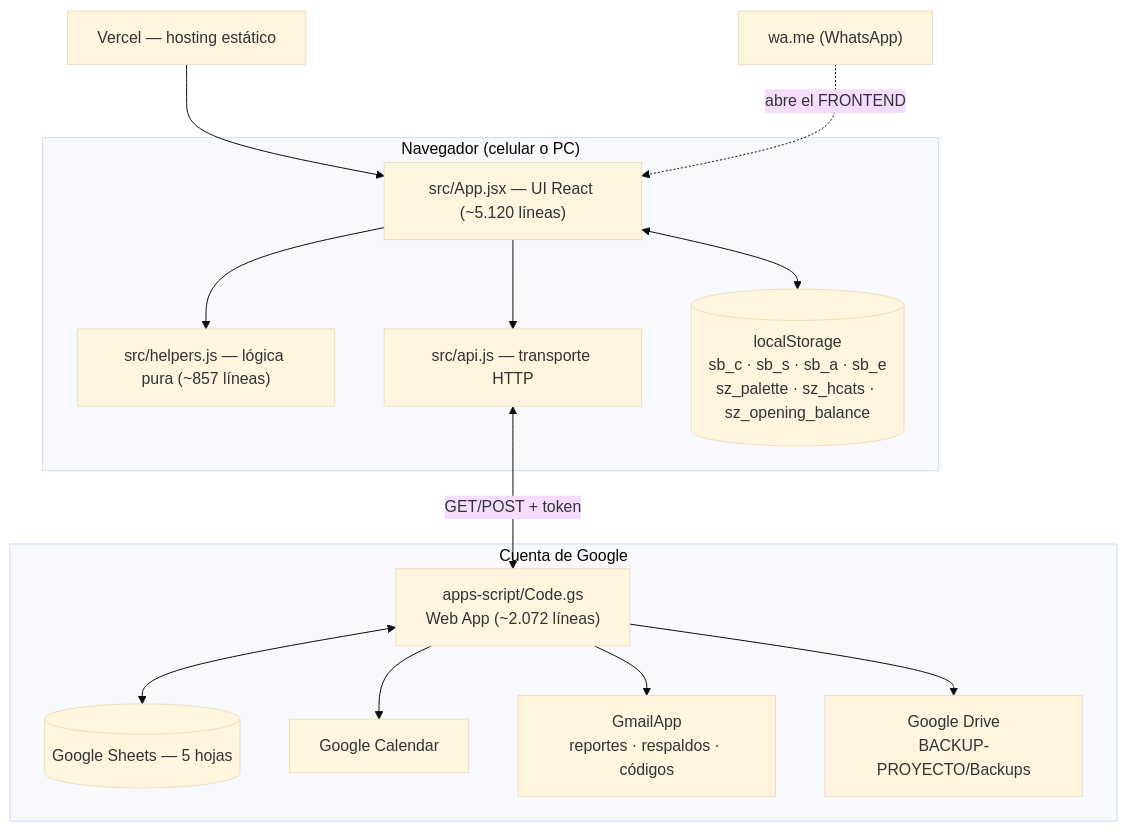
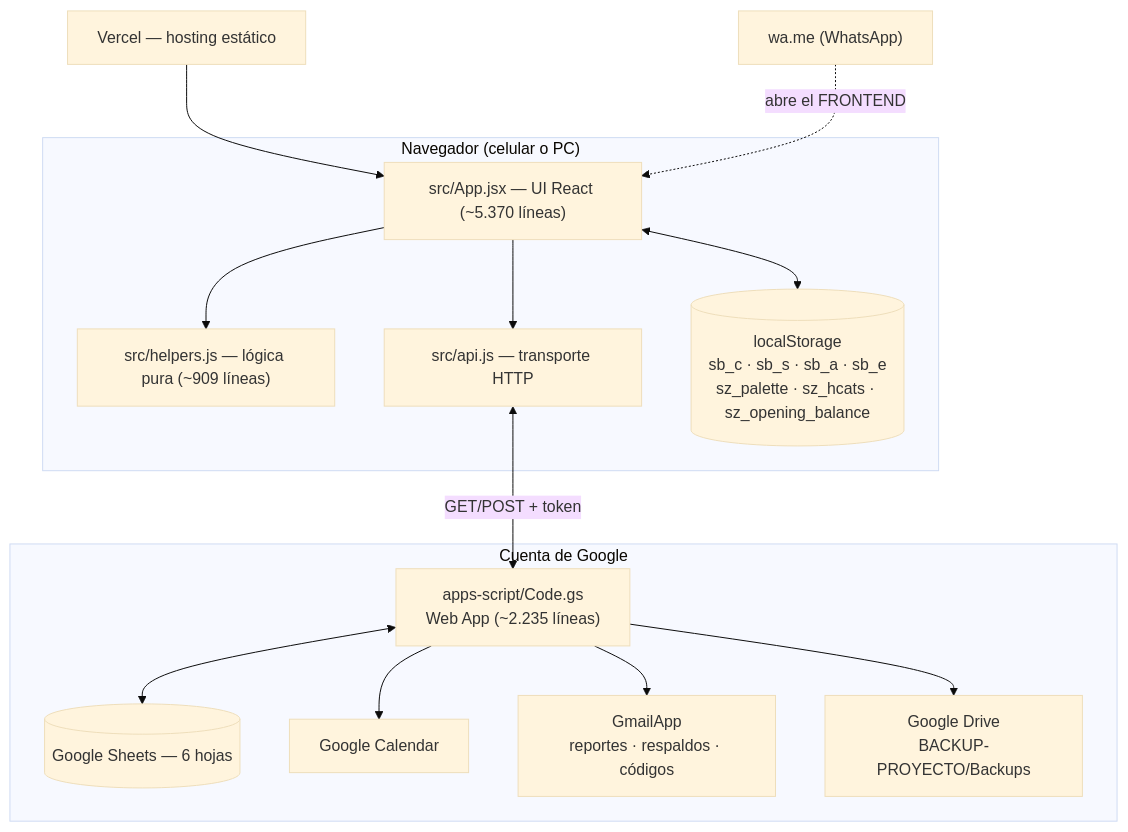
The diagram in docs/ARQUITECTURA_Y_FUNCIONALIDADES.md (bryanm92s/SZ), drawn with Mermaid (base theme) before and after one commit. The commit also changed other lines of this file and 8 other files, not shown here.

Commit message:
feat: saldo inicial en Google Sheets, Balance Neto aparte, 3 paletas, aviso al guardar, respaldo = informe completo y reset total

````diff
--- a/docs/ARQUITECTURA_Y_FUNCIONALIDADES.md
+++ b/docs/ARQUITECTURA_Y_FUNCIONALIDADES.md
@@ -41,28 +41,28 @@
 ```mermaid
 flowchart TD
     subgraph Cliente["Navegador (celular o PC)"]
-        UI["src/App.jsx — UI React (~5.120 líneas)"]
-        HLP["src/helpers.js — lógica pura (~857 líneas)"]
+        UI["src/App.jsx — UI React (~5.370 líneas)"]
+        HLP["src/helpers.js — lógica pura (~909 líneas)"]
         API["src/api.js — transporte HTTP"]
         LS[("localStorage<br/>sb_c · sb_s · sb_a · sb_e<br/>sz_palette · sz_hcats · sz_opening_balance")]
         UI --> HLP
         UI --> API
         UI <--> LS
     end
 
     subgraph Google["Cuenta de Google"]
-        GAS["apps-script/Code.gs<br/>Web App (~2.072 líneas)"]
-        SH[("Google Sheets — 5 hojas")]
+        GAS["apps-script/Code.gs<br/>Web App (~2.235 líneas)"]
+        SH[("Google Sheets — 6 hojas")]
         CAL["Google Calendar"]
         GMAIL["GmailApp<br/>reportes · respaldos · códigos"]
         DRV["Google Drive<br/>BACKUP-PROYECTO/Backups"]
         GAS <--> SH
         GAS --> CAL
         GAS --> GMAIL
         GAS --> DRV
     end
 
     Vercel["Vercel — hosting estático"] --> UI
     API <-->|"GET/POST + token"| GAS
     WA["wa.me (WhatsApp)"] -.->|"abre el FRONTEND"| UI
 ```
````
